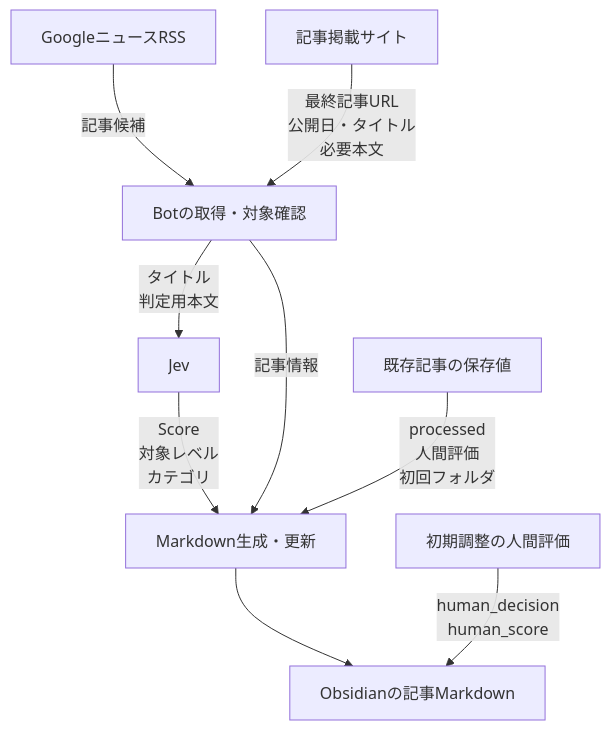
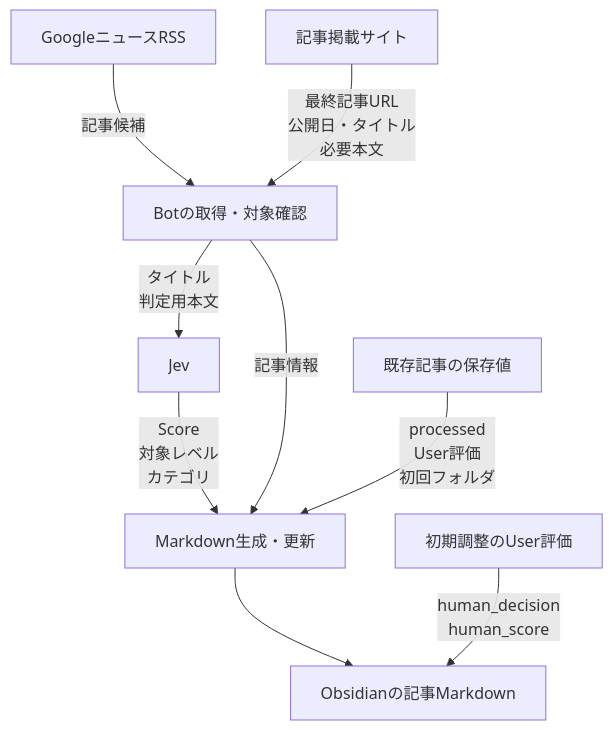
Before and after one commit to t-oikawa-sendai/jev-news-selector: the second of 2 diagrams in docs/design/05_ARCHITECTURE_DESIGN.md, drawn with Mermaid. The commit also changed other lines of this file and 13 other files, not shown here.

````diff
--- a/docs/design/05_ARCHITECTURE_DESIGN.md
+++ b/docs/design/05_ARCHITECTURE_DESIGN.md
@@ -86,11 +86,11 @@
 ```mermaid
 flowchart TD
     rss["GoogleニュースRSS"] -->|"記事候補"| bot["Botの取得・対象確認"]
     site["記事掲載サイト"] -->|"最終記事URL<br/>公開日・タイトル<br/>必要本文"| bot
     bot -->|"タイトル<br/>判定用本文"| jev["Jev"]
     jev -->|"Score<br/>対象レベル<br/>カテゴリ"| md["Markdown生成・更新"]
     bot -->|"記事情報"| md
-    kept["既存記事の保存値"] -->|"processed<br/>人間評価<br/>初回フォルダ"| md
+    kept["既存記事の保存値"] -->|"processed<br/>User評価<br/>初回フォルダ"| md
     md --> vault["Obsidianの記事Markdown"]
-    human["初期調整の人間評価"] -->|"human_decision<br/>human_score"| vault
+    human["初期調整のUser評価"] -->|"human_decision<br/>human_score"| vault
 ```
````
